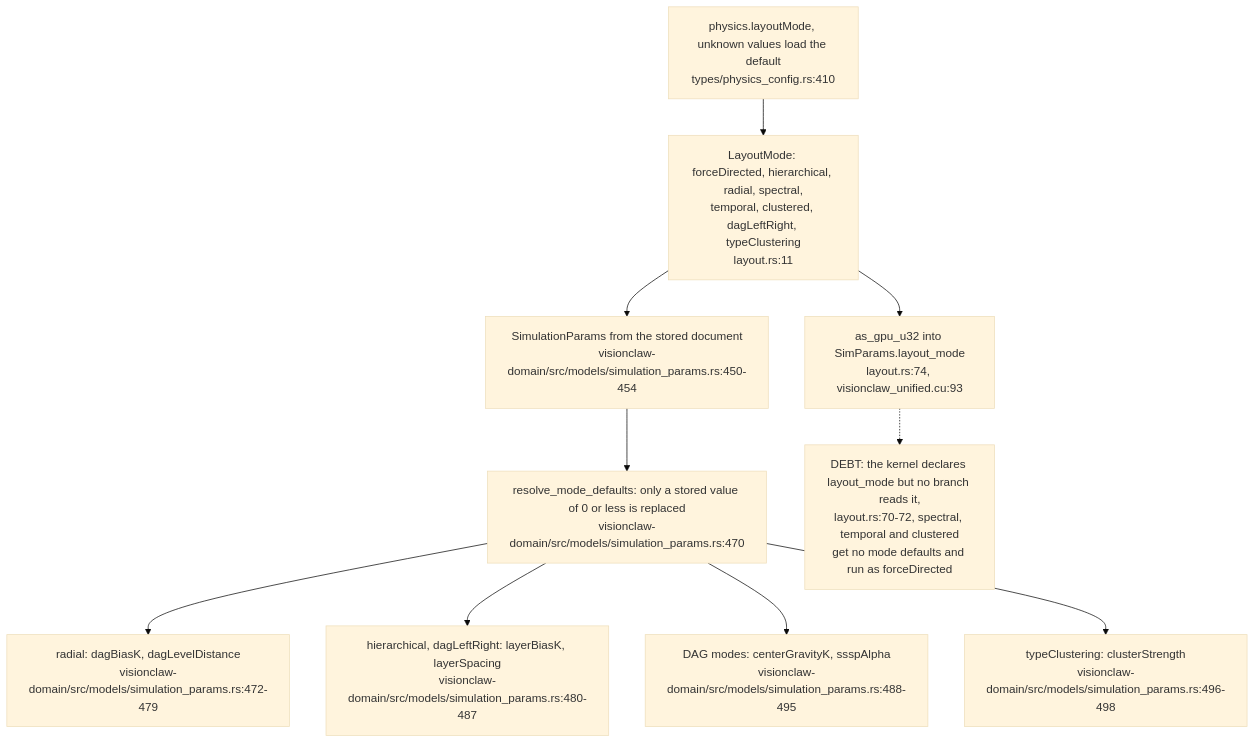
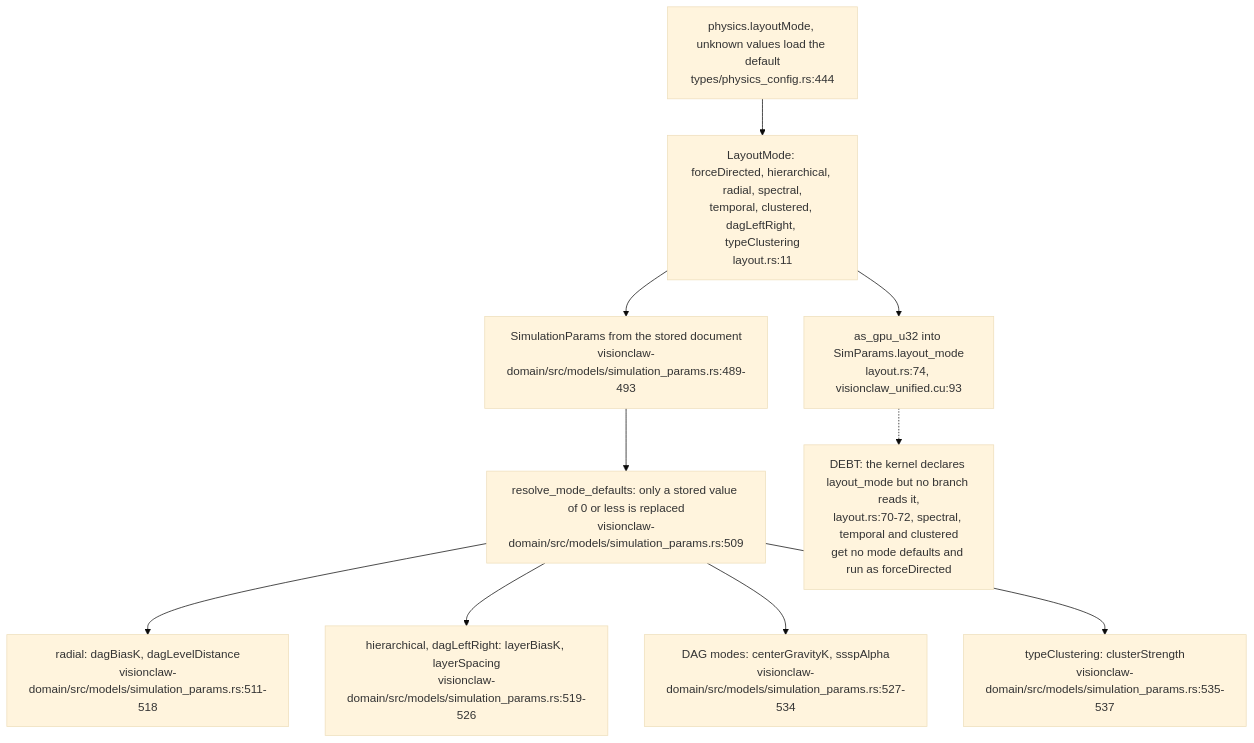
The sixth of 6 diagrams in docs/diagrams/visionclaw/54-layout-mode-step-cadence-and-settle.md (DreamLab-AI/VisionFlow), drawn with Mermaid (base theme) before and after one commit. The commit also changed other lines of this file and 6 other files, not shown here.

First line of the commit message:
diagrams(visionclaw): re-verify VC-51..57 at visionclaw 4900ec60

````diff
--- a/docs/diagrams/visionclaw/54-layout-mode-step-cadence-and-settle.md
+++ b/docs/diagrams/visionclaw/54-layout-mode-step-cadence-and-settle.md
@@ -166,12 +166,12 @@
 ```mermaid
 flowchart TB
-    STORED["physics.layoutMode, unknown values load the default<br/>types/physics_config.rs:410"] --> MODES["LayoutMode: forceDirected, hierarchical, radial, spectral,<br/>temporal, clustered, dagLeftRight, typeClustering<br/>layout.rs:11"]
-    MODES --> FROM["SimulationParams from the stored document<br/>visionclaw-domain/src/models/simulation_params.rs:450-454"]
-    FROM --> RES["resolve_mode_defaults: only a stored value of 0 or less is replaced<br/>visionclaw-domain/src/models/simulation_params.rs:470"]
-    RES --> RAD["radial: dagBiasK, dagLevelDistance<br/>visionclaw-domain/src/models/simulation_params.rs:472-479"]
-    RES --> HIER["hierarchical, dagLeftRight: layerBiasK, layerSpacing<br/>visionclaw-domain/src/models/simulation_params.rs:480-487"]
-    RES --> DAG["DAG modes: centerGravityK, ssspAlpha<br/>visionclaw-domain/src/models/simulation_params.rs:488-495"]
-    RES --> TC["typeClustering: clusterStrength<br/>visionclaw-domain/src/models/simulation_params.rs:496-498"]
+    STORED["physics.layoutMode, unknown values load the default<br/>types/physics_config.rs:444"] --> MODES["LayoutMode: forceDirected, hierarchical, radial, spectral,<br/>temporal, clustered, dagLeftRight, typeClustering<br/>layout.rs:11"]
+    MODES --> FROM["SimulationParams from the stored document<br/>visionclaw-domain/src/models/simulation_params.rs:489-493"]
+    FROM --> RES["resolve_mode_defaults: only a stored value of 0 or less is replaced<br/>visionclaw-domain/src/models/simulation_params.rs:509"]
+    RES --> RAD["radial: dagBiasK, dagLevelDistance<br/>visionclaw-domain/src/models/simulation_params.rs:511-518"]
+    RES --> HIER["hierarchical, dagLeftRight: layerBiasK, layerSpacing<br/>visionclaw-domain/src/models/simulation_params.rs:519-526"]
+    RES --> DAG["DAG modes: centerGravityK, ssspAlpha<br/>visionclaw-domain/src/models/simulation_params.rs:527-534"]
+    RES --> TC["typeClustering: clusterStrength<br/>visionclaw-domain/src/models/simulation_params.rs:535-537"]
     MODES --> GPUU["as_gpu_u32 into SimParams.layout_mode<br/>layout.rs:74, visionclaw_unified.cu:93"]
     GPUU -.-> UNUSED["DEBT: the kernel declares layout_mode but no branch reads it,<br/>layout.rs:70-72, spectral, temporal and clustered<br/>get no mode defaults and run as forceDirected"]
 ```
````
